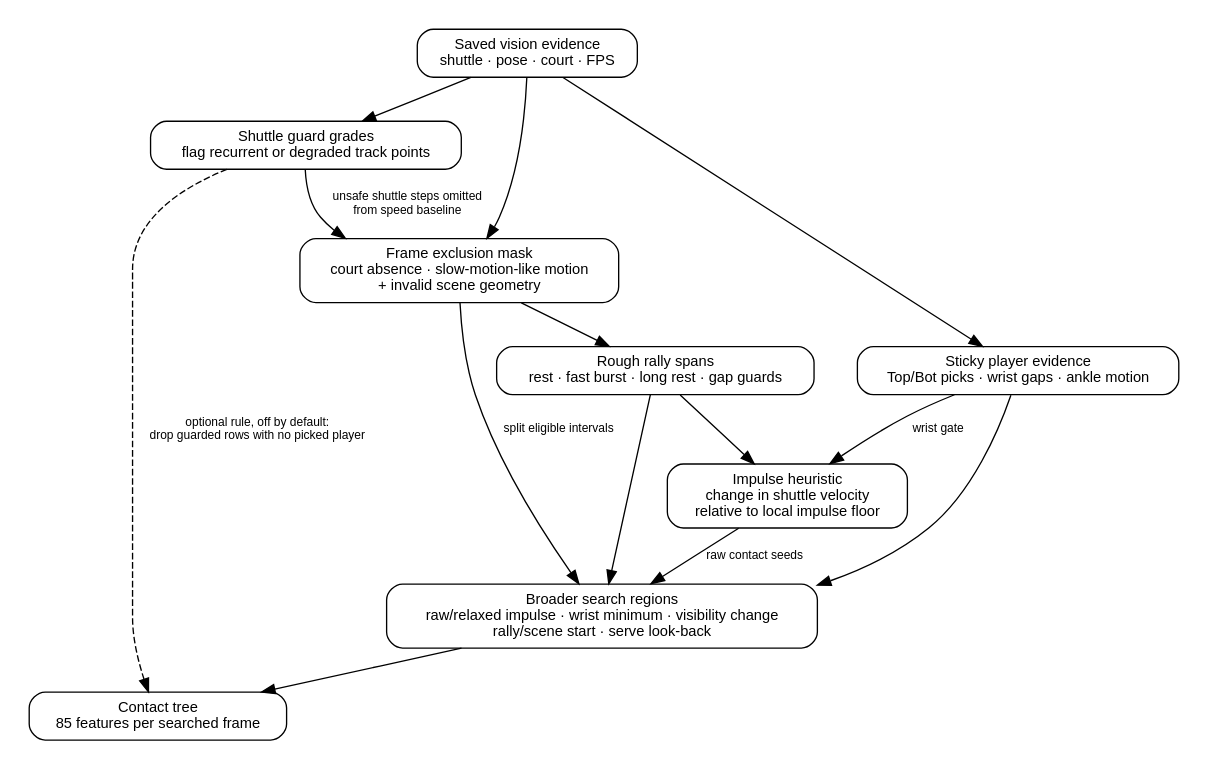
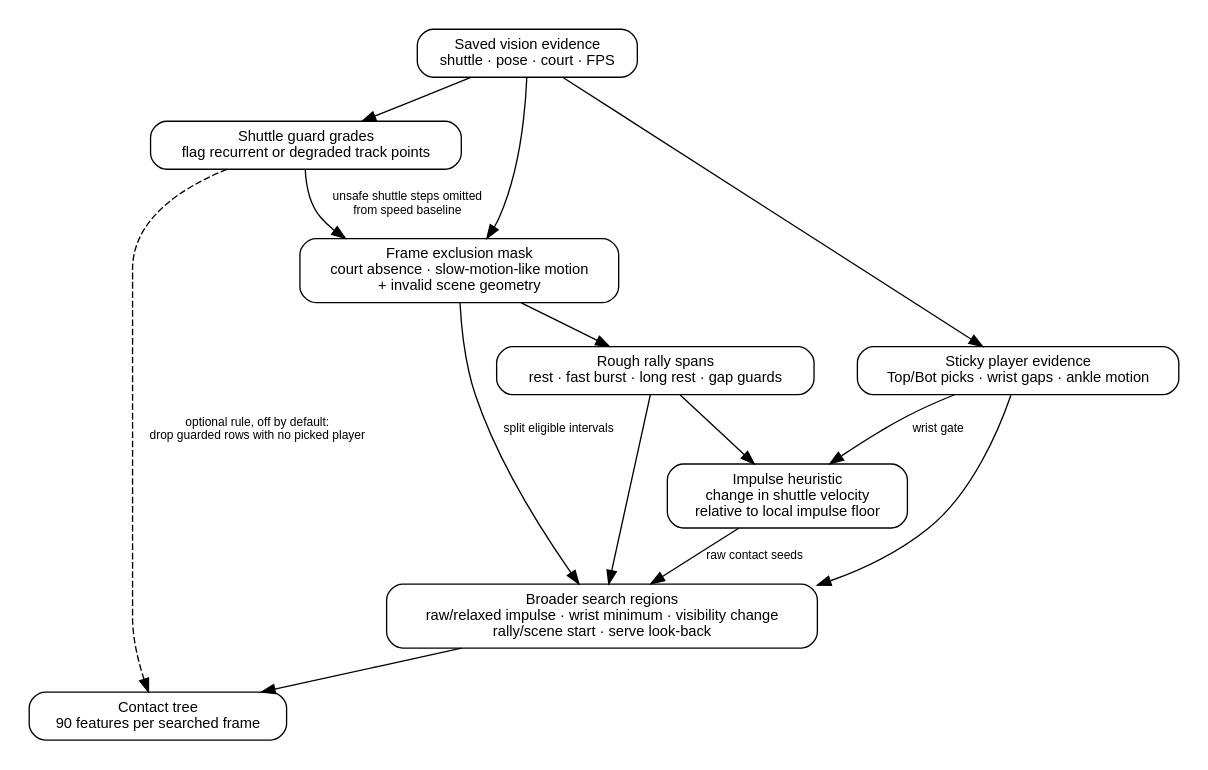
One commit to ahalp90/badminton_cv_annotator changed the diagram in docs/annotator/figures/heuristics.dot. Above: the diagram before and after it, drawn with Graphviz. The commit also changed 60 other files, not shown here.

```diff
--- a/docs/annotator/figures/heuristics.dot
+++ b/docs/annotator/figures/heuristics.dot
@@ -1,29 +1,29 @@
 digraph heuristics {
   rankdir=TB;
   graph [fontname="Helvetica", bgcolor="white", pad=0.2, nodesep=0.45, ranksep=0.45];
   node [shape=box, style="rounded,filled", fillcolor="white", color="black", fontcolor="black", fontname="Helvetica", fontsize=11, margin="0.12,0.08"];
   edge [color="black", fontcolor="black", fontname="Helvetica", fontsize=9];
 
   inputs [label="Saved vision evidence\nshuttle · pose · court · FPS"];
   guards [label="Shuttle guard grades\nflag recurrent or degraded track points"];
   sticky [label="Sticky player evidence\nTop/Bot picks · wrist gaps · ankle motion"];
   mask [label="Frame exclusion mask\ncourt absence · slow-motion-like motion\n+ invalid scene geometry"];
   spans [label="Rough rally spans\nrest · fast burst · long rest · gap guards"];
   impulse [label="Impulse heuristic\nchange in shuttle velocity\nrelative to local impulse floor"];
   seeds [label="Broader search regions\nraw/relaxed impulse · wrist minimum · visibility change\nrally/scene start · serve look-back"];
-  tree [label="Contact tree\n85 features per searched frame"];
+  tree [label="Contact tree\n90 features per searched frame"];
 
   inputs -> guards;
   inputs -> sticky;
   guards -> mask [label="unsafe shuttle steps omitted\nfrom speed baseline"];
   inputs -> mask;
   mask -> spans;
   spans -> impulse;
   sticky -> impulse [label="wrist gate"];
   spans -> seeds;
   impulse -> seeds [label="raw contact seeds"];
   sticky -> seeds;
   mask -> seeds [label="split eligible intervals"];
   seeds -> tree;
   guards -> tree [style=dashed, label="optional rule, off by default:\ndrop guarded rows with no picked player"];
 }
```
